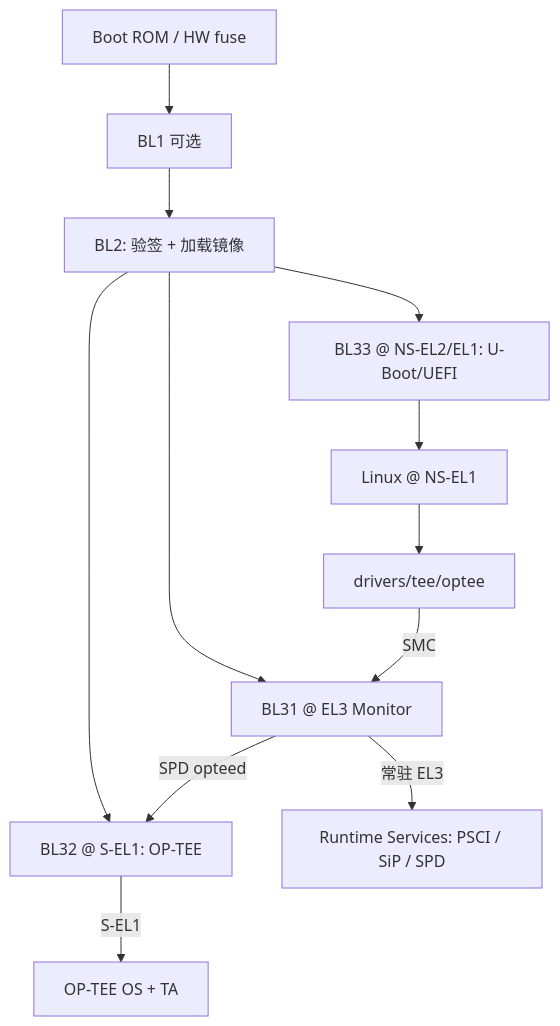
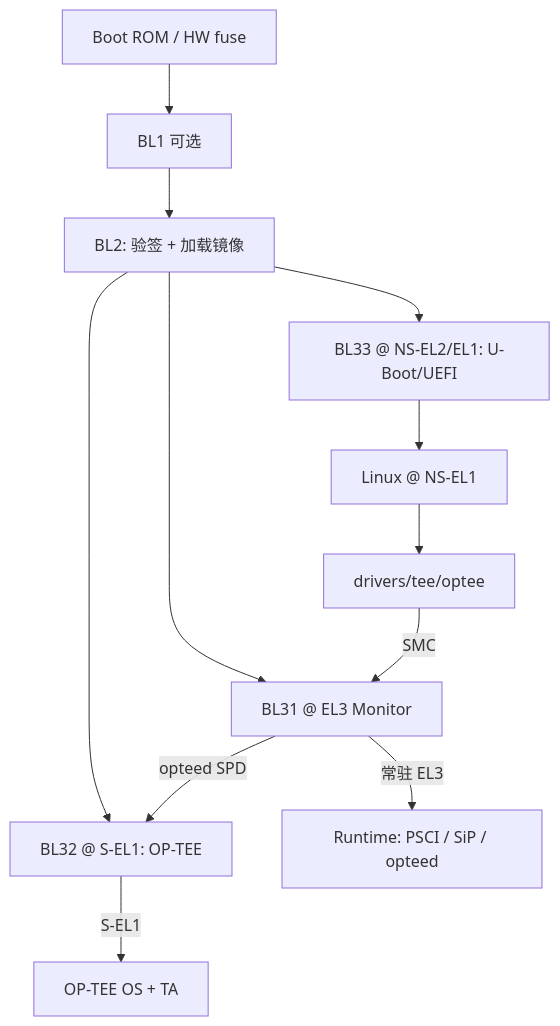
One commit to yanggan2015/knowledge-json-v2 changed the first of 3 diagrams in articles/csdn-merged/嵌入式系统-ATF-TEE-REE与ARM异常级别EL安全体系完整篇.md. Above: the diagram before and after it, drawn with Mermaid. The commit also changed other lines of this file and 3 other files, not shown here.

````diff
--- a/articles/csdn-merged/嵌入式系统-ATF-TEE-REE与ARM异常级别EL安全体系完整篇.md
+++ b/articles/csdn-merged/嵌入式系统-ATF-TEE-REE与ARM异常级别EL安全体系完整篇.md
@@ -71,14 +77,14 @@
 ```mermaid
 flowchart TD
     ROM[Boot ROM / HW fuse] --> BL1[BL1 可选]
     BL1 --> BL2[BL2: 验签 + 加载镜像]
     BL2 --> BL31[BL31 @ EL3 Monitor]
     BL2 --> BL32[BL32 @ S-EL1: OP-TEE]
     BL2 --> BL33[BL33 @ NS-EL2/EL1: U-Boot/UEFI]
-    BL31 -->|常驻 EL3| MON[Runtime Services: PSCI / SiP / SPD]
+    BL31 -->|常驻 EL3| MON[Runtime: PSCI / SiP / opteed]
     BL32 -->|S-EL1| TEE[OP-TEE OS + TA]
     BL33 --> LNX[Linux @ NS-EL1]
     LNX --> DRV[drivers/tee/optee]
     DRV -->|SMC| BL31
-    BL31 -->|SPD opteed| BL32
+    BL31 -->|opteed SPD| BL32
 ```
````
